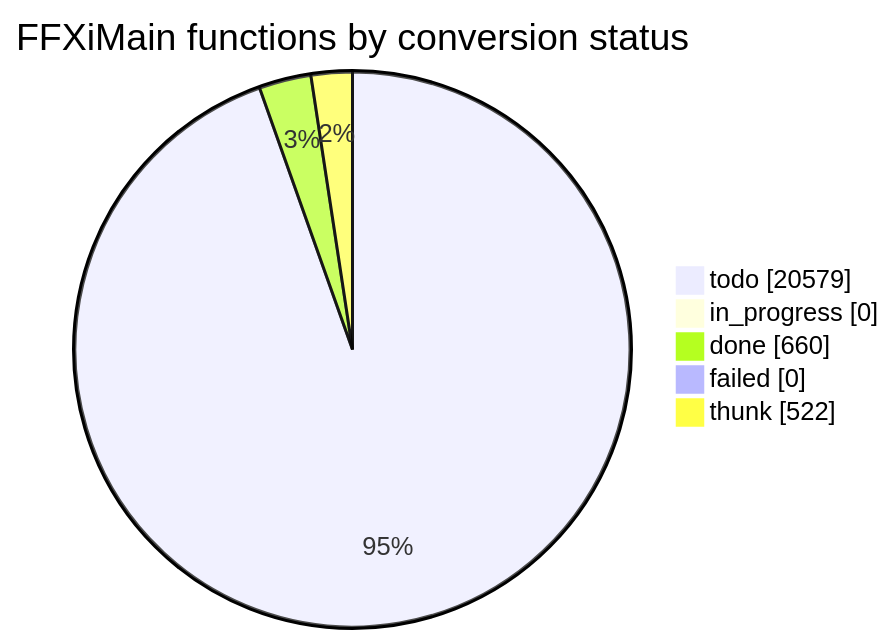
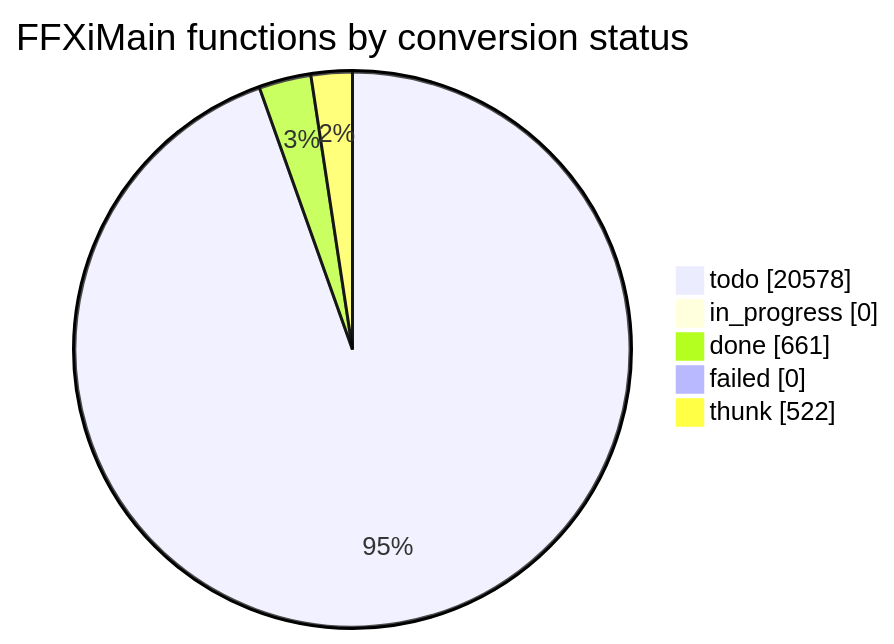
One commit to cowrevenge/cow_kuluu_xi_anything changed the diagram in docs/cow/STATUS.md. Above: the diagram before and after it, drawn with Mermaid. The commit also changed other lines of this file and 9 other files, not shown here.

````diff
--- a/docs/cow/STATUS.md
+++ b/docs/cow/STATUS.md
@@ -18,9 +18,9 @@
 ```mermaid
 pie showData
     title FFXiMain functions by conversion status
-    "todo" : 20579
+    "todo" : 20578
     "in_progress" : 0
-    "done" : 660
+    "done" : 661
     "failed" : 0
     "thunk" : 522
 ```
````
